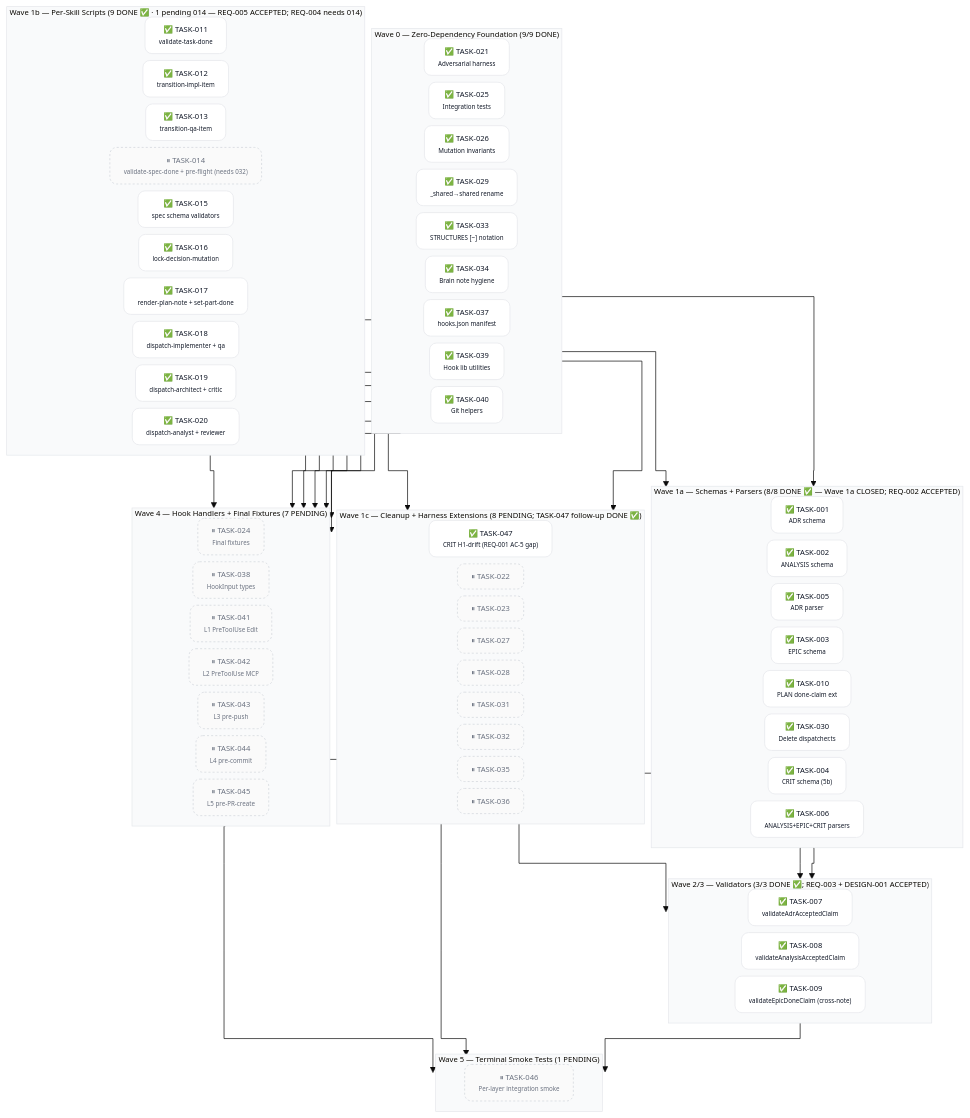
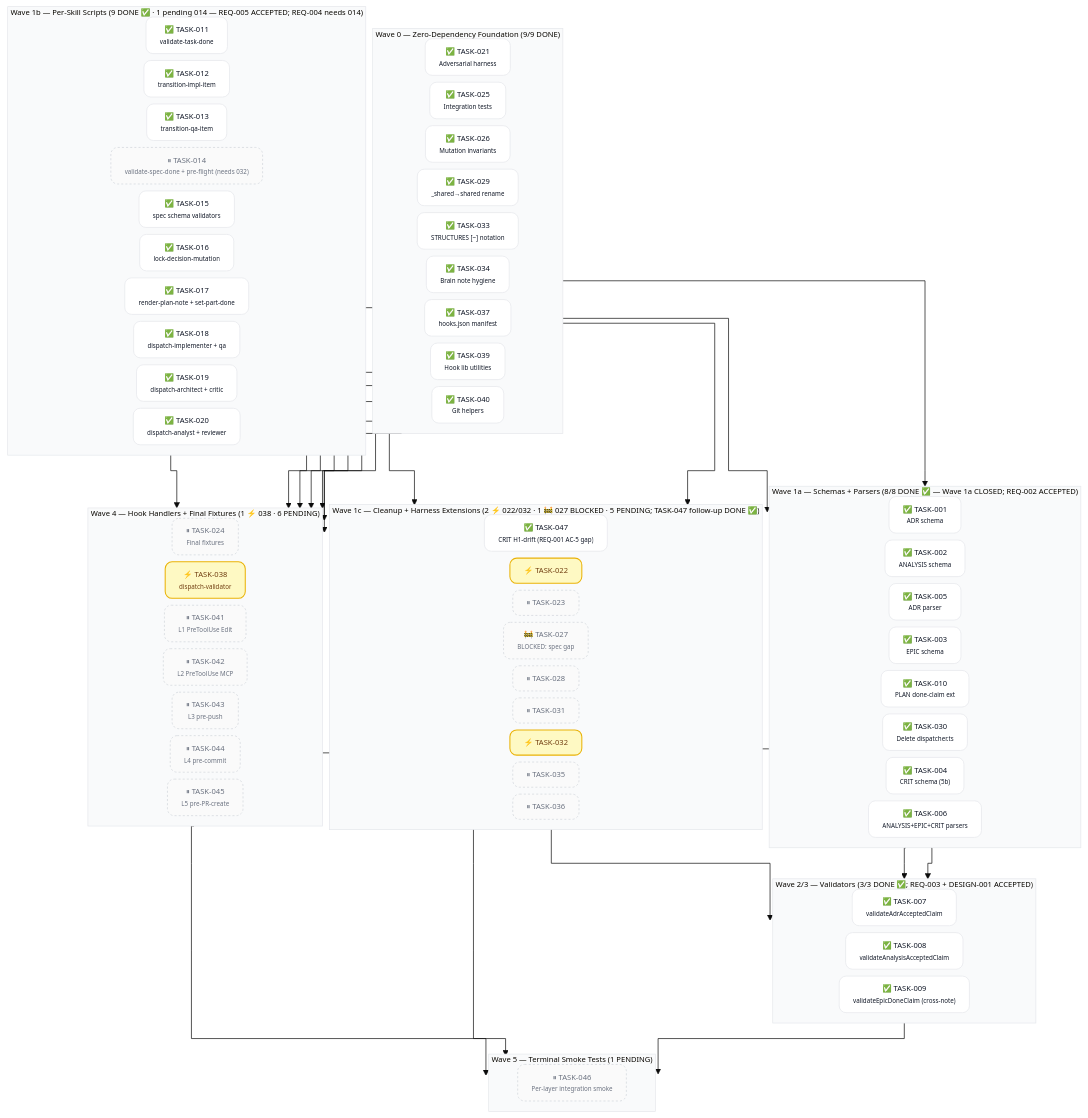
The second of 2 diagrams in docs/planning/PLAN-001-skills-ecosystem.md (acmelabs-15/skills), drawn with Mermaid before and after one commit. The commit also changed other lines of this file and 20 other files, not shown here.

First line of the commit message:
build(SPEC-008): Batch 10 impls — 022+032+038 DONE; 027 BLOCKED (spec gap) (Event 98)

````diff
--- a/docs/planning/PLAN-001-skills-ecosystem.md
+++ b/docs/planning/PLAN-001-skills-ecosystem.md
@@ -195,15 +195,15 @@
     T020["✅ TASK-020<br/><span style='font-size:9px'>dispatch-analyst + reviewer</span>"]
   end
 
-  subgraph W1c ["Wave 1c — Cleanup + Harness Extensions (8 PENDING; TASK-047 follow-up DONE ✅)"]
+  subgraph W1c ["Wave 1c — Cleanup + Harness Extensions (2 ⚡ 022/032 · 1 🚧 027 BLOCKED · 5 PENDING; TASK-047 follow-up DONE ✅)"]
     direction LR
     T047["✅ TASK-047<br/><span style='font-size:9px'>CRIT H1-drift (REQ-001 AC-5 gap)</span>"]
-    T022["⏸ TASK-022"]
+    T022["⚡ TASK-022"]
     T023["⏸ TASK-023"]
-    T027["⏸ TASK-027"]
+    T027["🚧 TASK-027<br/><span style='font-size:9px'>BLOCKED: spec gap</span>"]
     T028["⏸ TASK-028"]
     T031["⏸ TASK-031"]
-    T032["⏸ TASK-032"]
+    T032["⚡ TASK-032"]
     T035["⏸ TASK-035"]
     T036["⏸ TASK-036"]
   end
@@ -215,10 +215,10 @@
     T009["✅ TASK-009<br/><span style='font-size:9px'>validateEpicDoneClaim (cross-note)</span>"]
   end
 
-  subgraph W4 ["Wave 4 — Hook Handlers + Final Fixtures (7 PENDING)"]
+  subgraph W4 ["Wave 4 — Hook Handlers + Final Fixtures (1 ⚡ 038 · 6 PENDING)"]
     direction LR
     T024["⏸ TASK-024<br/><span style='font-size:9px'>Final fixtures</span>"]
-    T038["⏸ TASK-038<br/><span style='font-size:9px'>HookInput types</span>"]
+    T038["⚡ TASK-038<br/><span style='font-size:9px'>dispatch-validator</span>"]
     T041["⏸ TASK-041<br/><span style='font-size:9px'>L1 PreToolUse Edit</span>"]
     T042["⏸ TASK-042<br/><span style='font-size:9px'>L2 PreToolUse MCP</span>"]
     T043["⏸ TASK-043<br/><span style='font-size:9px'>L3 pre-push</span>"]
@@ -255,5 +255,6 @@
 
   class T001,T002,T003,T004,T005,T006,T010,T021,T025,T026,T029,T030,T033,T034,T037,T039,T040 done
   class T007,T008,T009,T047,T011,T012,T013,T015,T016,T017,T018,T019,T020 done
-  class T014,T022,T023,T024,T027,T028,T031,T032,T035,T036,T038,T041,T042,T043,T044,T045,T046 pending
+  class T022,T032,T038 inprogress
+  class T014,T023,T024,T027,T028,T031,T035,T036,T041,T042,T043,T044,T045,T046 pending
 ```
````
